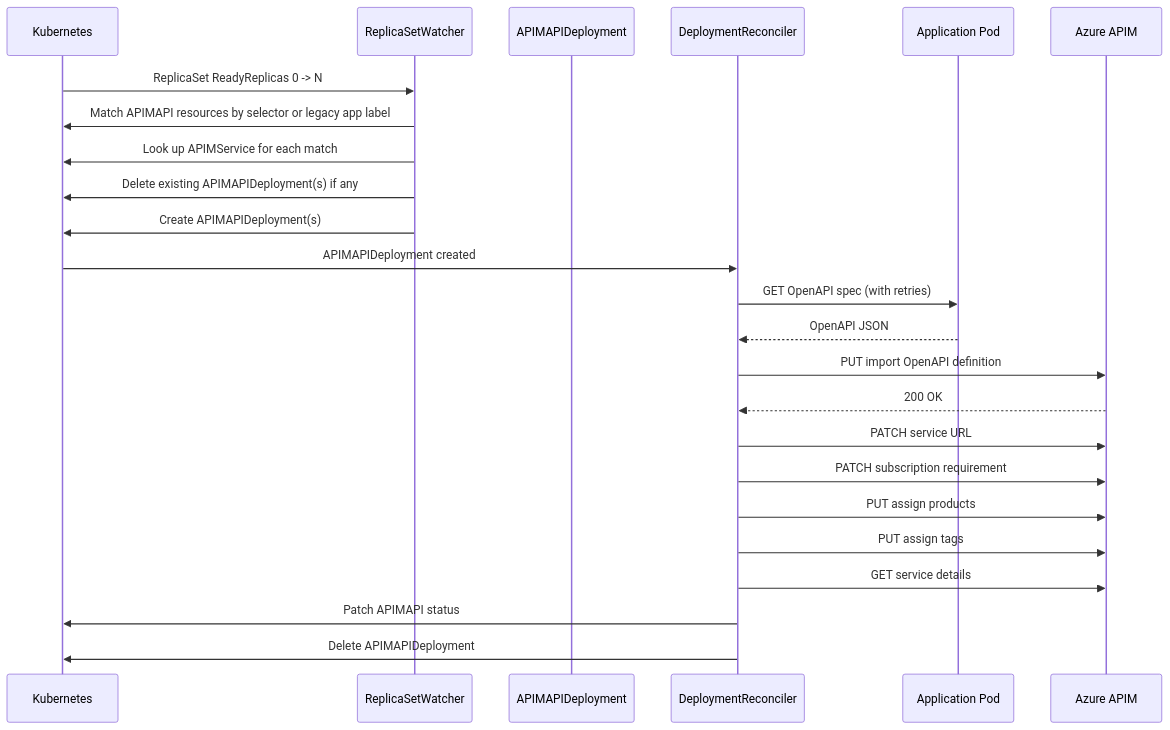
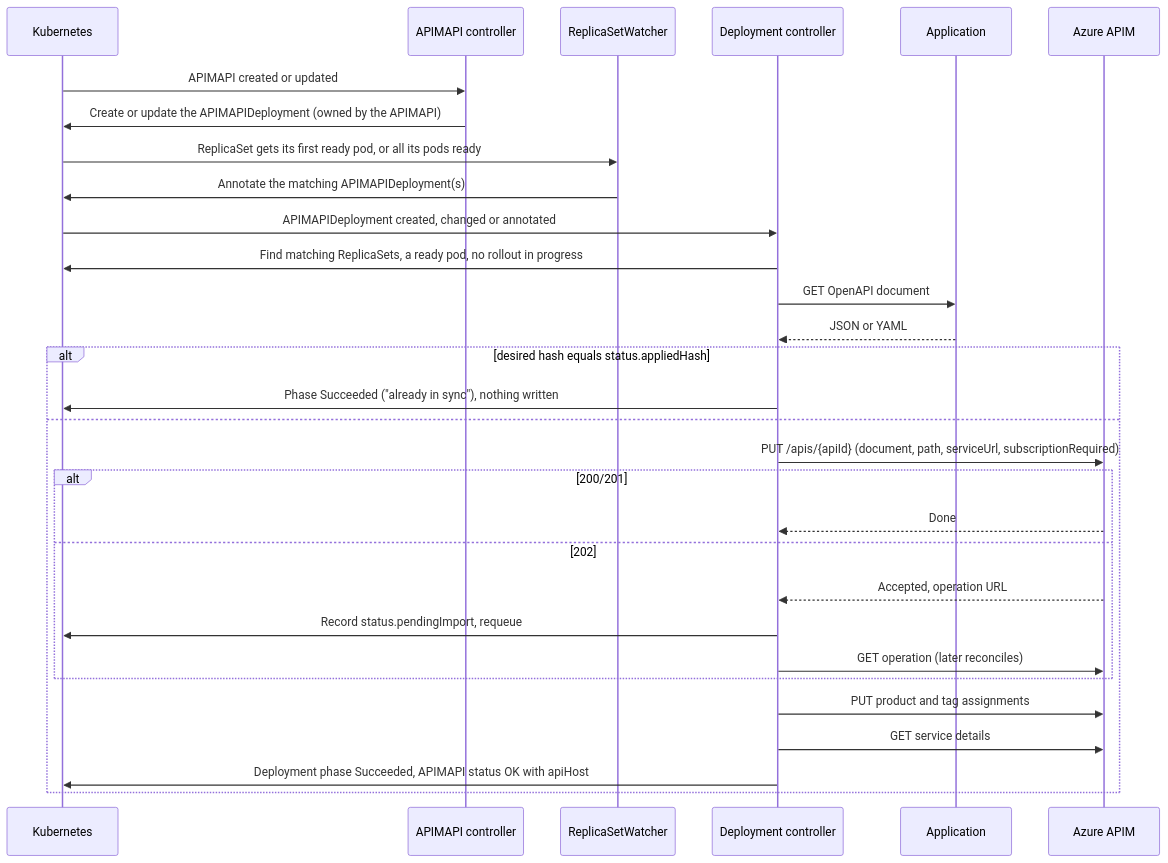
The second of 3 diagrams in docs/architecture.md (hedinbil/azure-apim-operator), drawn with Mermaid before and after one commit. The commit also changed other lines of this file and 78 other files, not shown here.

First line of the commit message:
fix(apim): never wait on, lose or repeat an import APIM is running (0.33.0)

````diff
--- a/docs/architecture.md
+++ b/docs/architecture.md
@@ -58,28 +58,33 @@
 ```mermaid
 sequenceDiagram
     participant K8s as Kubernetes
+    participant API as APIMAPI controller
     participant RSW as ReplicaSetWatcher
-    participant Deploy as APIMAPIDeployment
-    participant ADR as DeploymentReconciler
-    participant App as Application Pod
+    participant ADR as Deployment controller
+    participant App as Application
     participant APIM as Azure APIM
 
-    K8s->>RSW: ReplicaSet ReadyReplicas 0 -> N
-    RSW->>K8s: Match APIMAPI resources by selector or legacy app label
-    RSW->>K8s: Look up APIMService for each match
-    RSW->>K8s: Delete existing APIMAPIDeployment(s) if any
-    RSW->>K8s: Create APIMAPIDeployment(s)
-
-    K8s->>ADR: APIMAPIDeployment created
-    ADR->>App: GET OpenAPI spec (with retries)
-    App-->>ADR: OpenAPI JSON
-    ADR->>APIM: PUT import OpenAPI definition
-    APIM-->>ADR: 200 OK
-    ADR->>APIM: PATCH service URL
-    ADR->>APIM: PATCH subscription requirement
-    ADR->>APIM: PUT assign products
-    ADR->>APIM: PUT assign tags
-    ADR->>APIM: GET service details
-    ADR->>K8s: Patch APIMAPI status
-    ADR->>K8s: Delete APIMAPIDeployment
+    K8s->>API: APIMAPI created or updated
+    API->>K8s: Create or update the APIMAPIDeployment (owned by the APIMAPI)
+    K8s->>RSW: ReplicaSet gets its first ready pod, or all its pods ready
+    RSW->>K8s: Annotate the matching APIMAPIDeployment(s)
+    K8s->>ADR: APIMAPIDeployment created, changed or annotated
+    ADR->>K8s: Find matching ReplicaSets, a ready pod, no rollout in progress
+    ADR->>App: GET OpenAPI document
+    App-->>ADR: JSON or YAML
+    alt desired hash equals status.appliedHash
+        ADR->>K8s: Phase Succeeded ("already in sync"), nothing written
+    else
+        ADR->>APIM: PUT /apis/{apiId} (document, path, serviceUrl, subscriptionRequired)
+        alt 200/201
+            APIM-->>ADR: Done
+        else 202
+            APIM-->>ADR: Accepted, operation URL
+            ADR->>K8s: Record status.pendingImport, requeue
+            ADR->>APIM: GET operation (later reconciles)
+        end
+        ADR->>APIM: PUT product and tag assignments
+        ADR->>APIM: GET service details
+        ADR->>K8s: Deployment phase Succeeded, APIMAPI status OK with apiHost
+    end
 ```
````
